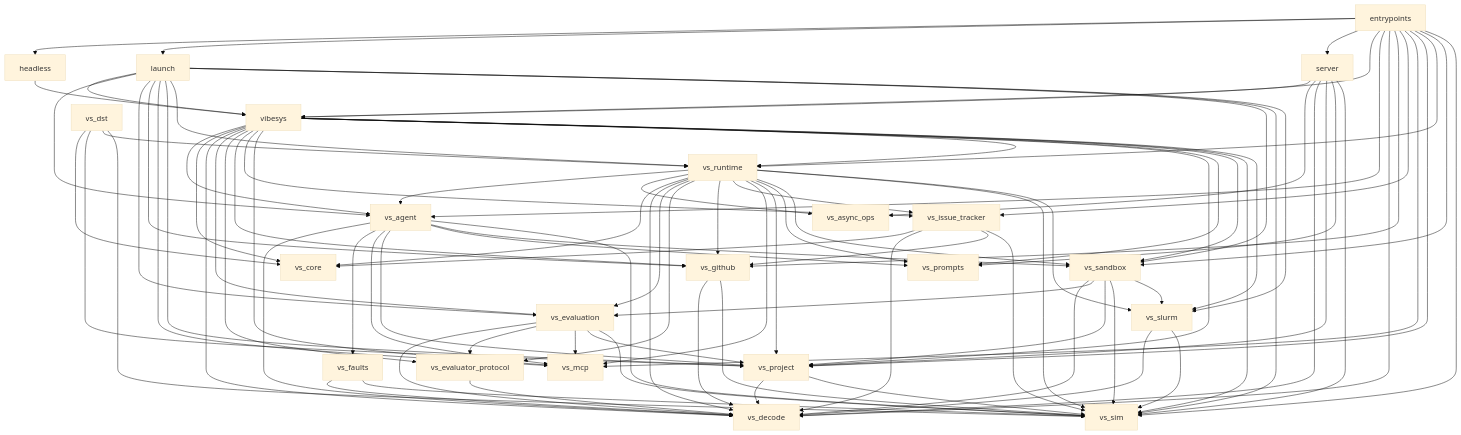
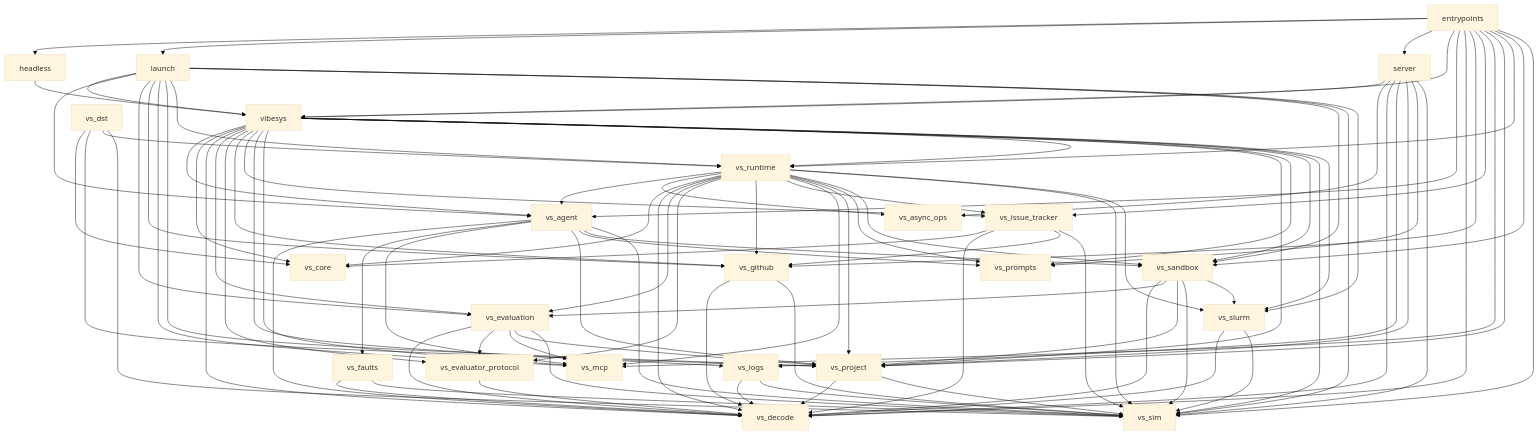
The diagram in docs/contributing/architecture.md (6Mikao9/vibesys), drawn with Mermaid (base theme) before and after one commit. The commit also changed other lines of this file and 36 other files, not shown here.

```diff
--- a/docs/contributing/architecture.md
+++ b/docs/contributing/architecture.md
@@ -154,6 +159,7 @@
     server --> vibesys
     server --> vs_async_ops
     server --> vs_decode
+    server --> vs_logs
     server --> vs_project
     server --> vs_prompts
     server --> vs_sim
@@ -164,6 +170,7 @@
     vibesys --> vs_evaluator_protocol
     vibesys --> vs_github
     vibesys --> vs_issue_tracker
+    vibesys --> vs_logs
     vibesys --> vs_mcp
     vibesys --> vs_project
     vibesys --> vs_prompts
@@ -196,6 +203,8 @@
     vs_issue_tracker --> vs_decode
     vs_issue_tracker --> vs_github
     vs_issue_tracker --> vs_sim
+    vs_logs --> vs_decode
+    vs_logs --> vs_sim
     vs_project --> vs_decode
     vs_project --> vs_sim
     vs_runtime --> vs_agent
```
